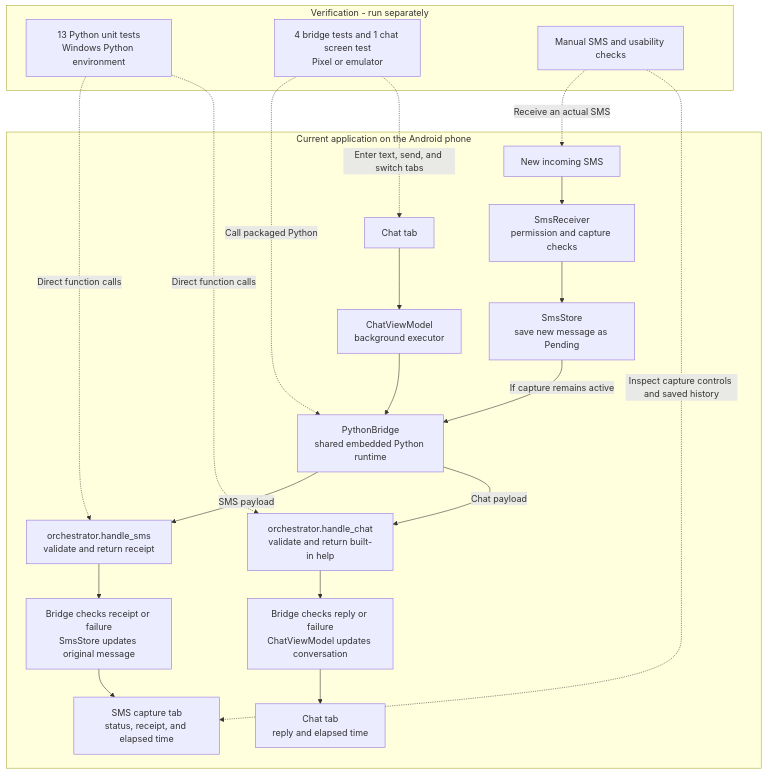
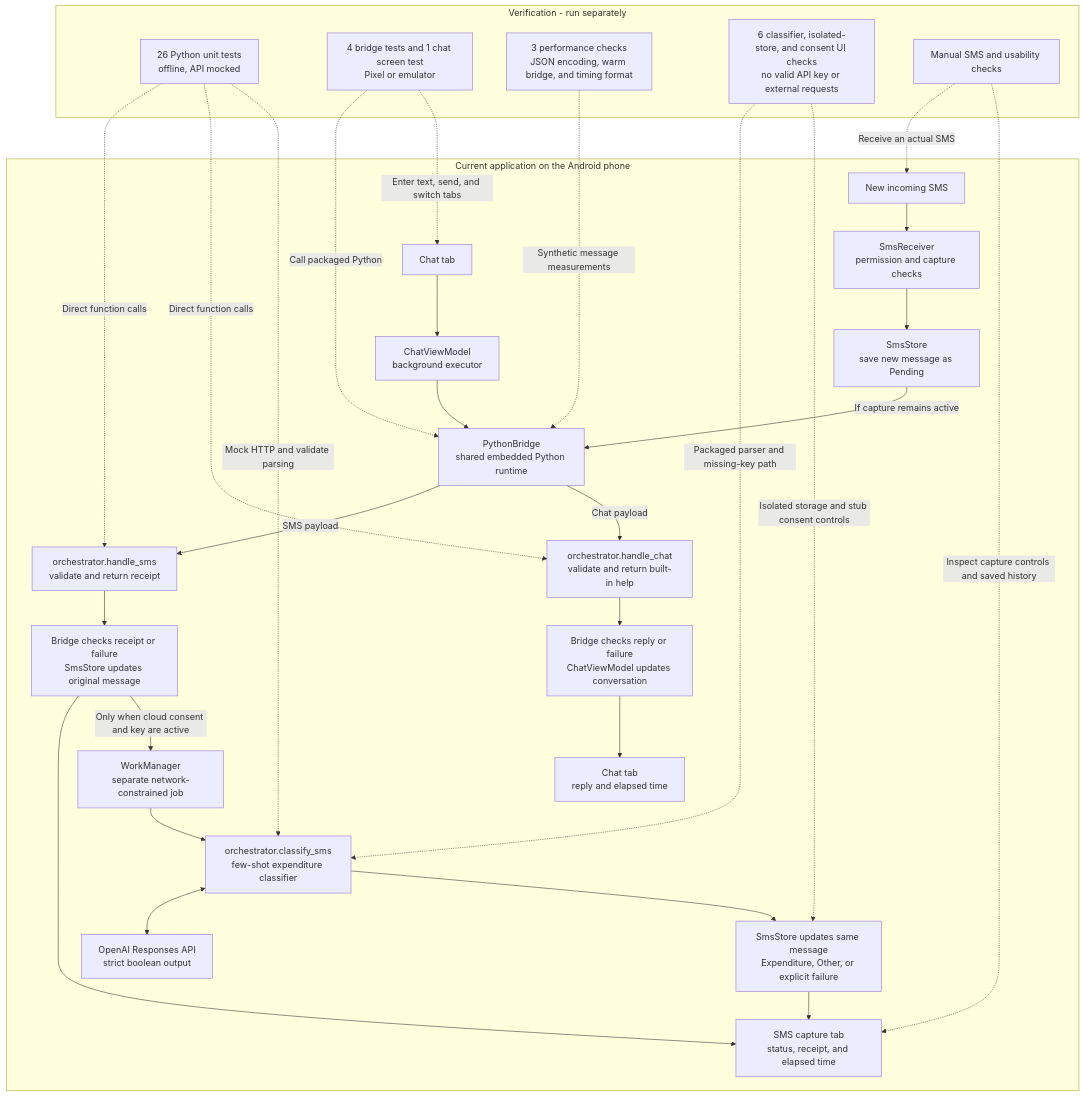
One commit to Abijith97/expense-tracker-with-mcp changed the first of 3 diagrams in README.md. Above: the diagram before and after it, drawn with Mermaid. The commit also changed other lines of this file and 25 other files, not shown here.

Commit message:
Add hosted expenditure classification, SMS timings, and POC progress

````diff
--- a/README.md
+++ b/README.md
@@ -15,28 +26,39 @@
 ```mermaid
 flowchart TB
     subgraph Phone[Current application on the Android phone]
         Chat[Chat tab] --> ChatWork[ChatViewModel<br/>background executor]
         SMS[New incoming SMS] --> Capture[SmsReceiver<br/>permission and capture checks]
         Capture --> Save[SmsStore<br/>save new message as Pending]
         Save -->|If capture remains active| Bridge[PythonBridge<br/>shared embedded Python runtime]
         ChatWork --> Bridge
         Bridge -->|SMS payload| SMSPython[orchestrator.handle_sms<br/>validate and return receipt]
         Bridge -->|Chat payload| ChatPython[orchestrator.handle_chat<br/>validate and return built-in help]
         SMSPython --> SMSResult[Bridge checks receipt or failure<br/>SmsStore updates original message]
         SMSResult --> SMSScreen[SMS capture tab<br/>status, receipt, and elapsed time]
+        SMSResult -->|Only when cloud consent and key are active| CloudWork[WorkManager<br/>separate network-constrained job]
+        CloudWork --> Classifier[orchestrator.classify_sms<br/>few-shot expenditure classifier]
+        Classifier <--> API[OpenAI Responses API<br/>strict boolean output]
+        Classifier --> Classified[SmsStore updates same message<br/>Expenditure, Other, or explicit failure]
+        Classified --> SMSScreen
         ChatPython --> ChatResult[Bridge checks reply or failure<br/>ChatViewModel updates conversation]
         ChatResult --> ChatScreen[Chat tab<br/>reply and elapsed time]
     end
 
     subgraph Checks[Verification - run separately]
-        Unit[13 Python unit tests<br/>Windows Python environment]
+        Unit[26 Python unit tests<br/>offline, API mocked]
         Integration[4 bridge tests and 1 chat screen test<br/>Pixel or emulator]
+        Performance[3 performance checks<br/>JSON encoding, warm bridge, and timing format]
+        ClassificationChecks[6 classifier, isolated-store, and consent UI checks<br/>no valid API key or external requests]
         Manual[Manual SMS and usability checks]
     end
     Unit -.->|Direct function calls| SMSPython
     Unit -.->|Direct function calls| ChatPython
     Integration -.->|Call packaged Python| Bridge
     Integration -.->|Enter text, send, and switch tabs| Chat
+    Performance -.->|Synthetic message measurements| Bridge
+    Unit -.->|Mock HTTP and validate parsing| Classifier
+    ClassificationChecks -.->|Packaged parser and missing-key path| Classifier
+    ClassificationChecks -.->|Isolated storage and stub consent controls| Classified
     Manual -.->|Receive an actual SMS| SMS
     Manual -.->|Inspect capture controls and saved history| SMSScreen
 ```
````
